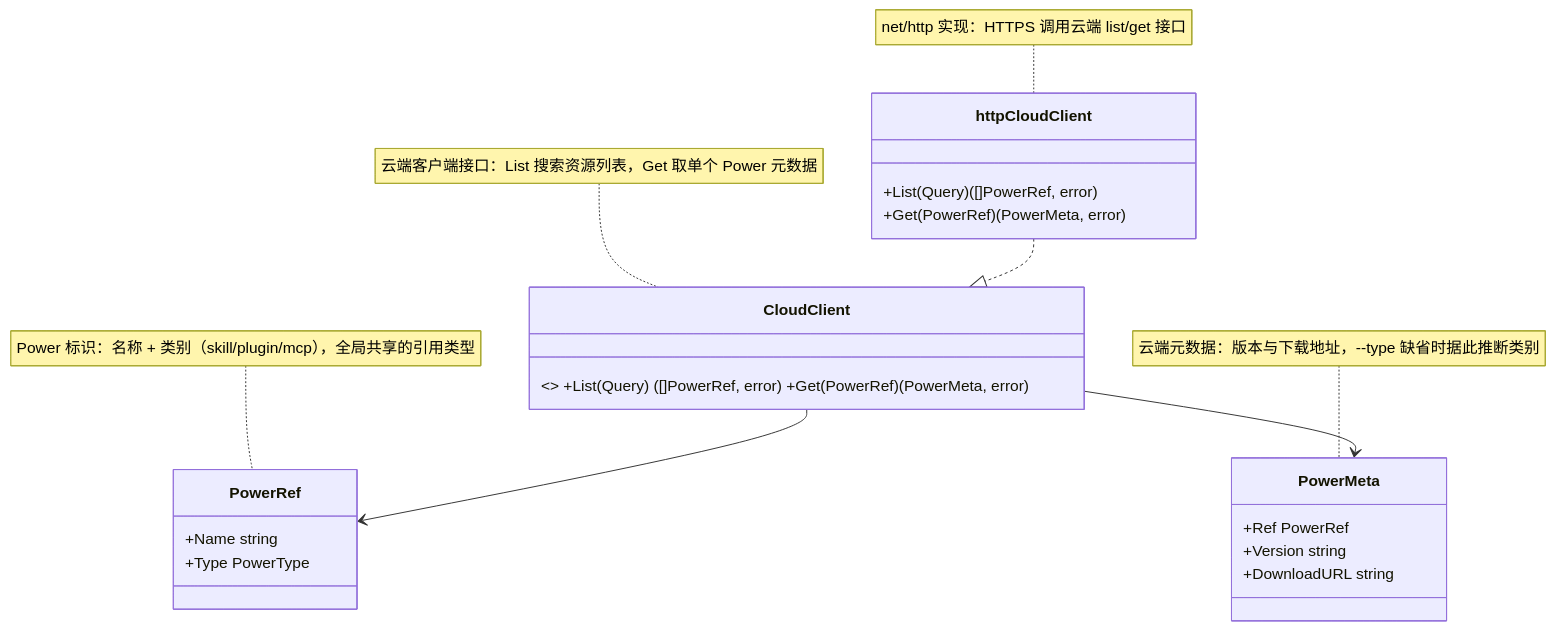
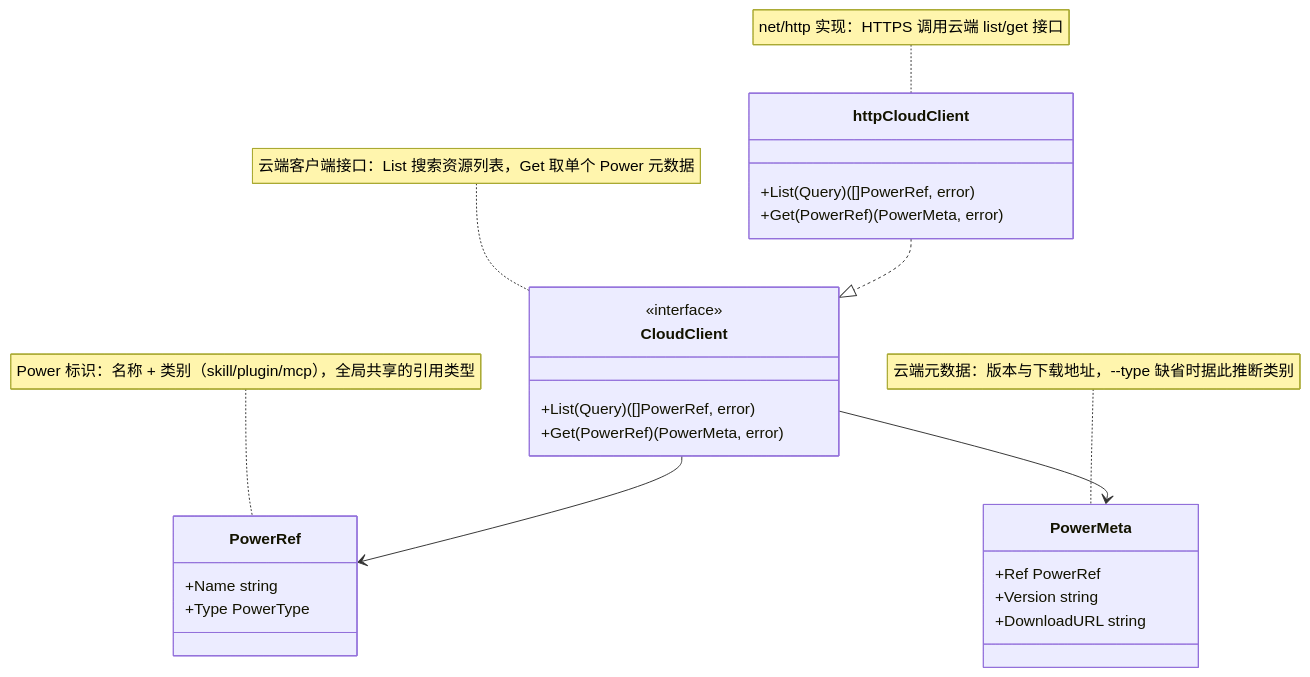
One commit to spacemit-com/agent-power-manager changed the diagram in ivory-tower/c4/components/apm-cli-diagrams/cloud-client.mmd. Above: the diagram before and after it, drawn with Mermaid. The commit also changed 5 other files, not shown here.

```diff
--- a/ivory-tower/c4/components/apm-cli-diagrams/cloud-client.mmd
+++ b/ivory-tower/c4/components/apm-cli-diagrams/cloud-client.mmd
@@ -1,26 +1,30 @@
 classDiagram
     note for CloudClient "云端客户端接口：List 搜索资源列表，Get 取单个 Power 元数据"
-    class CloudClient { <<interface>> +List(Query) ([]PowerRef, error) +Get(PowerRef) (PowerMeta, error) }
+    class CloudClient {
+        <<interface>>
+        +List(Query) ([]PowerRef, error)
+        +Get(PowerRef) (PowerMeta, error)
+    }
 
     note for PowerRef "Power 标识：名称 + 类别（skill/plugin/mcp），全局共享的引用类型"
     class PowerRef {
         +Name string
         +Type PowerType
     }
 
     note for PowerMeta "云端元数据：版本与下载地址，--type 缺省时据此推断类别"
     class PowerMeta {
         +Ref PowerRef
         +Version string
         +DownloadURL string
     }
 
     note for httpCloudClient "net/http 实现：HTTPS 调用云端 list/get 接口"
     class httpCloudClient {
         +List(Query) ([]PowerRef, error)
         +Get(PowerRef) (PowerMeta, error)
     }
 
     httpCloudClient ..|> CloudClient
     CloudClient --> PowerRef
     CloudClient --> PowerMeta
```
